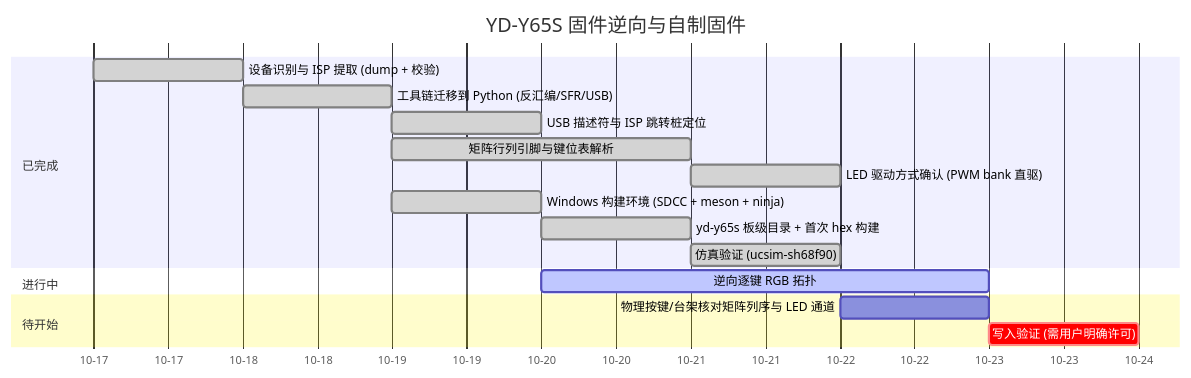
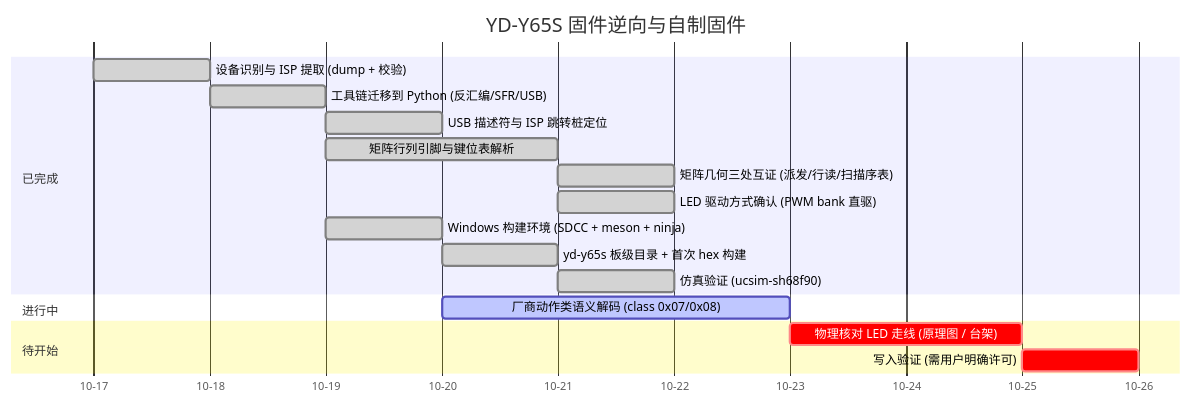
One commit to adam-ikari/y65s_cfw changed the diagram in brain/roadmap.md. Above: the diagram before and after it, drawn with Mermaid. The commit also changed other lines of this file and 4 other files, not shown here.

````diff
--- a/brain/roadmap.md
+++ b/brain/roadmap.md
@@ -12,20 +12,21 @@
 ```mermaid
 gantt
   title YD-Y65S 固件逆向与自制固件
   dateFormat YYYY-MM-DD
   axisFormat %m-%d
   section 已完成
   设备识别与 ISP 提取 (dump + 校验)        :done, a1, 2026-10-17, 1d
   工具链迁移到 Python (反汇编/SFR/USB)     :done, a2, after a1, 1d
   USB 描述符与 ISP 跳转桩定位              :done, a3, after a2, 1d
   矩阵行列引脚与键位表解析                 :done, b1, 2026-10-19, 2d
+  矩阵几何三处互证 (派发/行读/扫描序表)     :done, b3, after b1, 1d
   LED 驱动方式确认 (PWM bank 直驱)         :done, b2, after b1, 1d
   Windows 构建环境 (SDCC + meson + ninja)  :done, c1, 2026-10-19, 1d
   yd-y65s 板级目录 + 首次 hex 构建          :done, c2, after c1, 1d
   仿真验证 (ucsim-sh68f90)                 :done, c3, after c2, 1d
   section 进行中
-  逆向逐键 RGB 拓扑                         :active, c6, 2026-10-20, 3d
+  厂商动作类语义解码 (class 0x07/0x08)      :active, c6, 2026-10-20, 3d
   section 待开始
-  物理按键/台架核对矩阵列序与 LED 通道     :c5, after c3, 1d
-  写入验证 (需用户明确许可)                :crit, c4, after c5, 1d
+  物理核对 LED 走线 (原理图 / 台架)         :crit, c7, after c6, 2d
+  写入验证 (需用户明确许可)                :crit, c4, after c7, 1d
 ```
````
